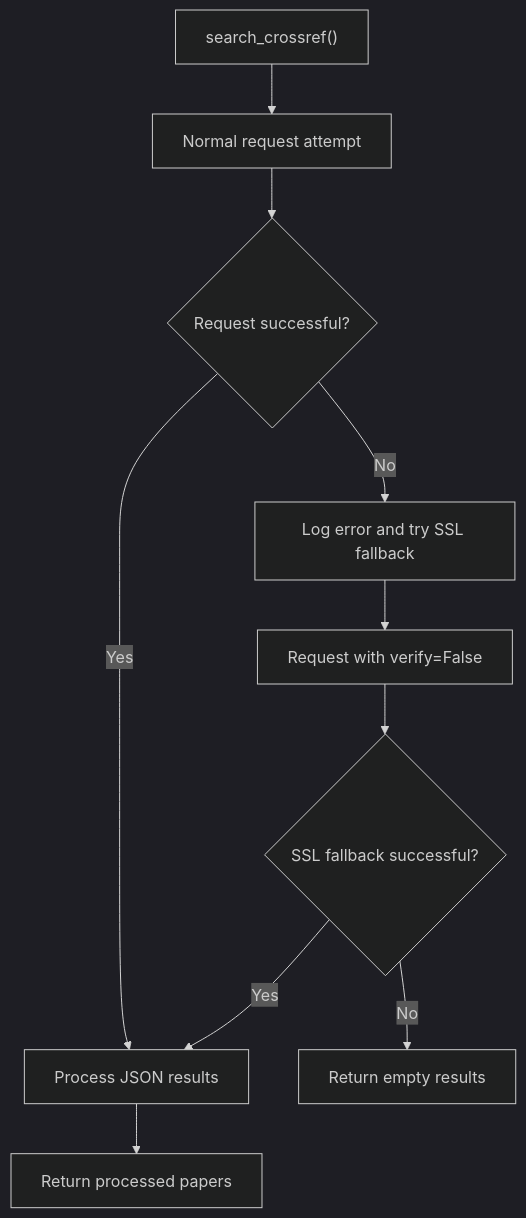
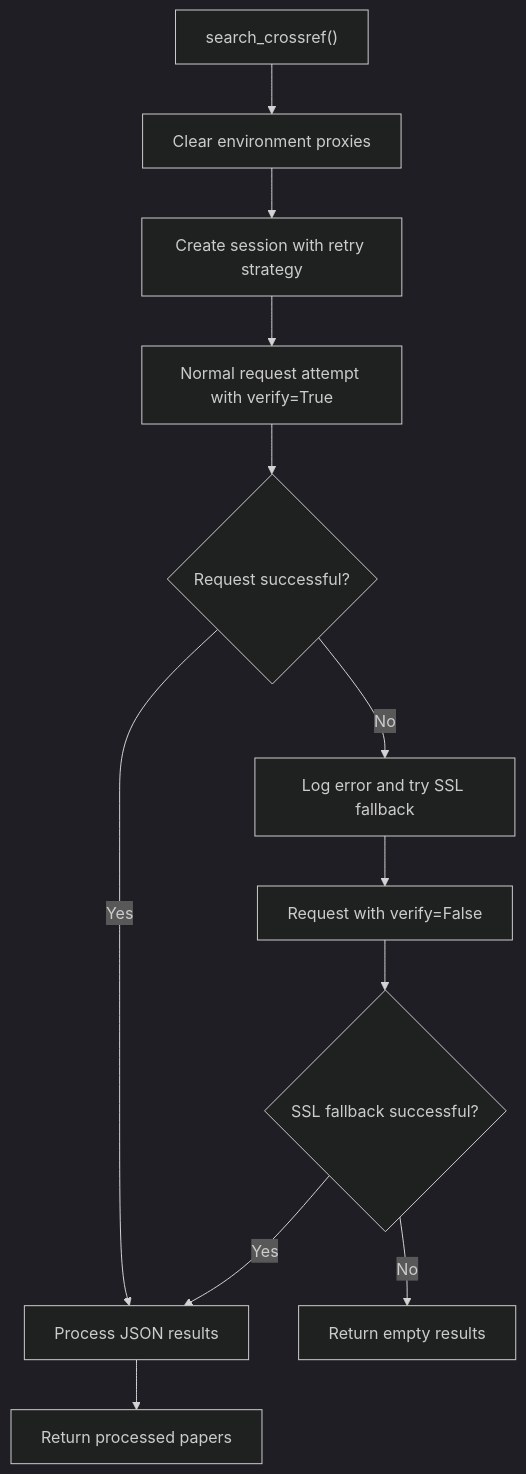
One commit to junxie01/cryoseismology_papers changed the fourth of 15 diagrams in .qoder/repowiki/en/content/Core Components/Paper Collection Engine.md. Above: the diagram before and after it, drawn with Mermaid (dark theme). The commit also changed other lines of this file and 4 other files, not shown here.

````diff
--- a/.qoder/repowiki/en/content/Core Components/Paper Collection Engine.md
+++ b/.qoder/repowiki/en/content/Core Components/Paper Collection Engine.md
@@ -183,12 +204,14 @@
 ```mermaid
 flowchart TD
-CrossRefCall["search_crossref()"] --> NormalRequest["Normal request attempt"]
+CrossRefCall["search_crossref()"] --> ClearEnv["Clear environment proxies"]
+ClearEnv --> CreateSession["Create session with retry strategy"]
+CreateSession --> NormalRequest["Normal request attempt with verify=True"]
 NormalRequest --> Success{"Request successful?"}
 Success --> |Yes| ProcessResults["Process JSON results"]
 Success --> |No| LogError["Log error and try SSL fallback"]
 LogError --> SSLFallback["Request with verify=False"]
 SSLFallback --> SSLSuccess{"SSL fallback successful?"}
 SSLSuccess --> |Yes| ProcessResults
 SSLSuccess --> |No| ReturnEmpty["Return empty results"]
 ProcessResults --> ReturnResults["Return processed papers"]
 ```
````
